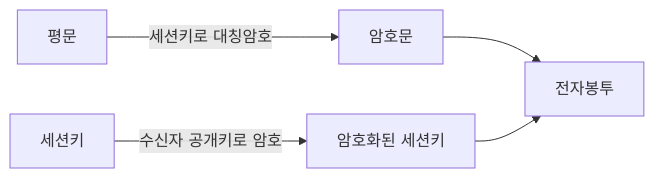
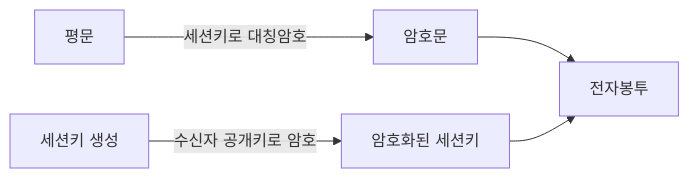
One commit to coninggu/wjdqhrhksflrltnftk changed the diagram in content/digital-envelope.md. Above: the diagram before and after it, drawn with Mermaid. The commit also changed other lines of this file and 19 other files, not shown here.

````diff
--- a/content/digital-envelope.md
+++ b/content/digital-envelope.md
@@ -13,7 +15,7 @@
 ```mermaid
 flowchart LR
   M[평문] -->|세션키로 대칭암호| C[암호문]
-  K[세션키] -->|수신자 공개키로 암호| EK[암호화된 세션키]
+  K[세션키 생성] -->|수신자 공개키로 암호| EK[암호화된 세션키]
   C --> ENV[전자봉투]
   EK --> ENV
 ```
````
